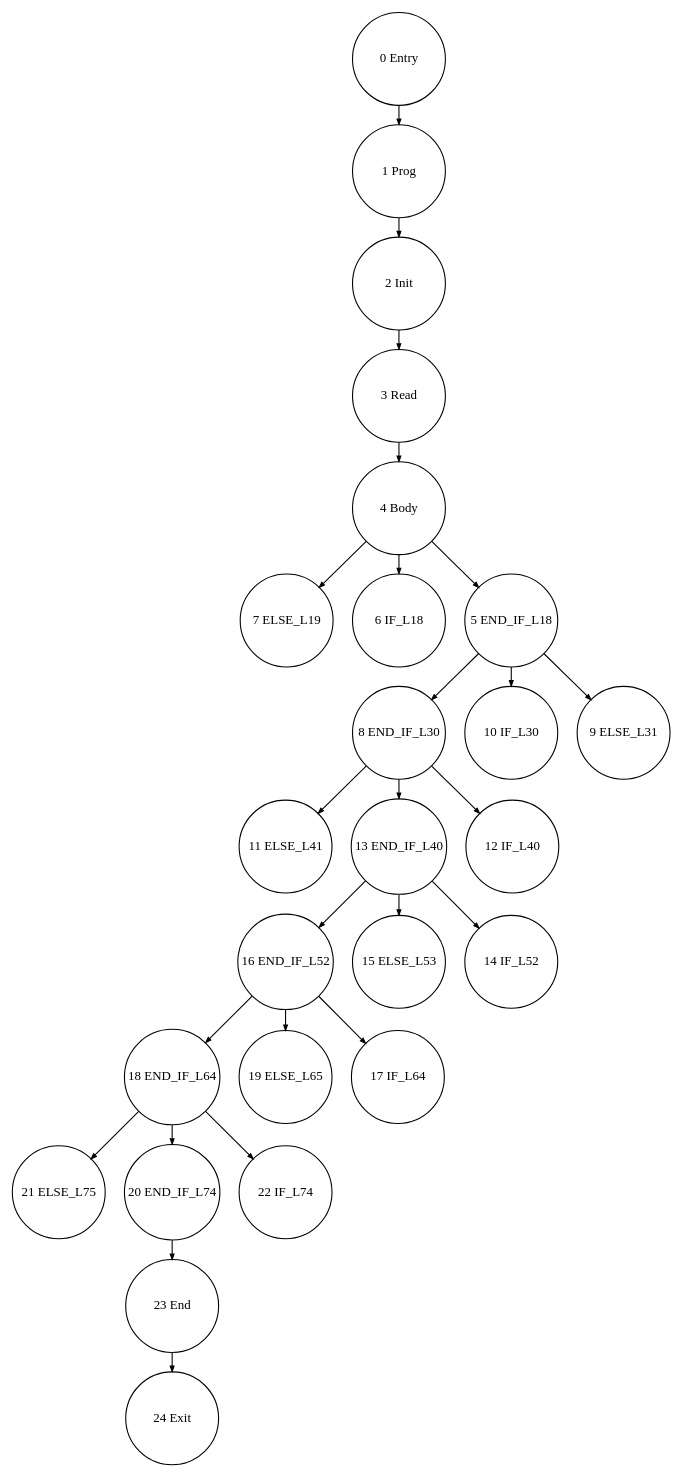
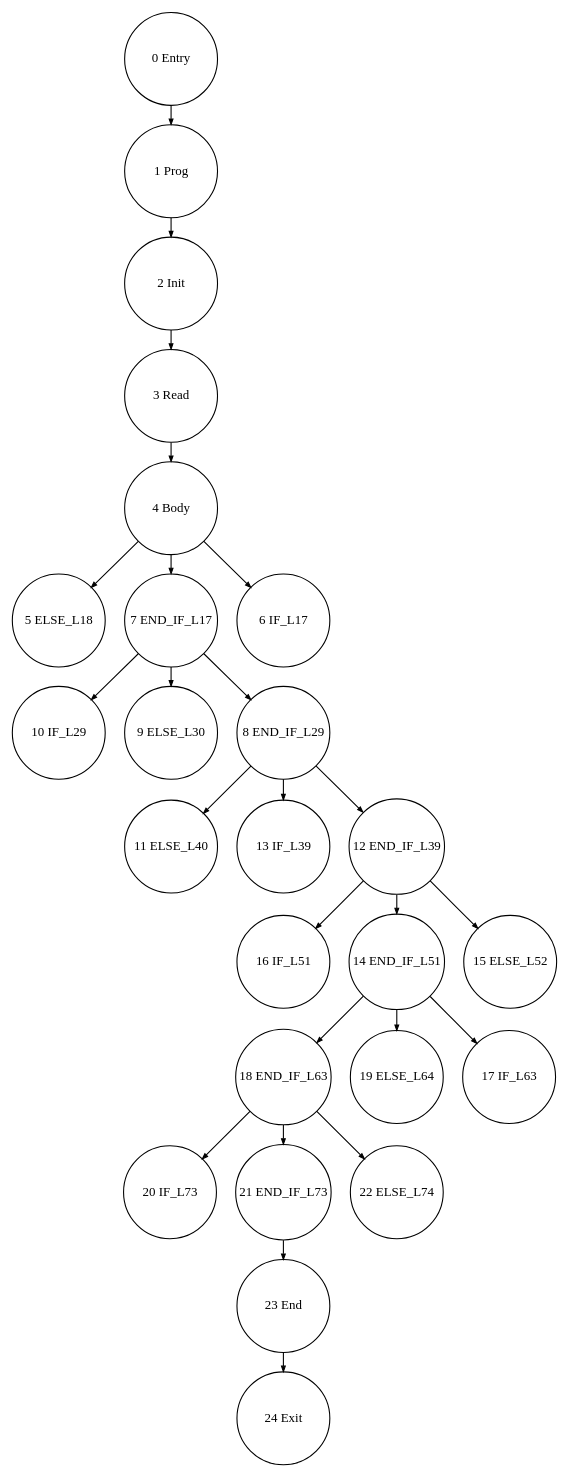
One commit to Geoffrey1014/ST_DSE changed the diagram in tests_programs/paper2_tests/02_UPPAAL_FAN_CONTROL_output/Graph_02_UPPAAL_FAN_CONTROL_DomTree_0.dot. Above: the diagram before and after it, drawn with Graphviz. The commit also changed 46 other files, not shown here.

```diff
--- a/tests_programs/paper2_tests/02_UPPAAL_FAN_CONTROL_output/Graph_02_UPPAAL_FAN_CONTROL_DomTree_0.dot
+++ b/tests_programs/paper2_tests/02_UPPAAL_FAN_CONTROL_output/Graph_02_UPPAAL_FAN_CONTROL_DomTree_0.dot
@@ -1,31 +1,31 @@
 digraph G {
   ranksep=.25;
   edge [arrowsize=.5]
   node [shape=circle, fontname="ArialNarrow",
         fontsize=12,  height=1.2];
-  "18 END_IF_L64"; "8 END_IF_L30"; "16 END_IF_L52"; "21 ELSE_L75"; "24 Exit"; "11 ELSE_L41"; "7 ELSE_L19"; "15 ELSE_L53"; "1 Prog"; "14 IF_L52"; "20 END_IF_L74"; "10 IF_L30"; "22 IF_L74"; "6 IF_L18"; "0 Entry"; "13 END_IF_L40"; "9 ELSE_L31"; "2 Init"; "23 End"; "19 ELSE_L65"; "4 Body"; "3 Read"; "12 IF_L40"; "5 END_IF_L18"; "17 IF_L64"; 
+  "18 END_IF_L63"; "11 ELSE_L40"; "24 Exit"; "1 Prog"; "16 IF_L51"; "14 END_IF_L51"; "13 IF_L39"; "20 IF_L73"; "5 ELSE_L18"; "10 IF_L29"; "7 END_IF_L17"; "0 Entry"; "6 IF_L17"; "2 Init"; "9 ELSE_L30"; "21 END_IF_L73"; "12 END_IF_L39"; "23 End"; "8 END_IF_L29"; "19 ELSE_L64"; "4 Body"; "15 ELSE_L52"; "3 Read"; "22 ELSE_L74"; "17 IF_L63"; 
+  "8 END_IF_L29" -> "11 ELSE_L40";
+  "8 END_IF_L29" -> "12 END_IF_L39";
+  "8 END_IF_L29" -> "13 IF_L39";
   "3 Read" -> "4 Body";
-  "18 END_IF_L64" -> "20 END_IF_L74";
-  "18 END_IF_L64" -> "21 ELSE_L75";
-  "18 END_IF_L64" -> "22 IF_L74";
+  "2 Init" -> "3 Read";
   "0 Entry" -> "1 Prog";
-  "2 Init" -> "3 Read";
-  "13 END_IF_L40" -> "14 IF_L52";
-  "13 END_IF_L40" -> "15 ELSE_L53";
-  "13 END_IF_L40" -> "16 END_IF_L52";
+  "18 END_IF_L63" -> "20 IF_L73";
+  "18 END_IF_L63" -> "21 END_IF_L73";
+  "18 END_IF_L63" -> "22 ELSE_L74";
   "1 Prog" -> "2 Init";
-  "4 Body" -> "5 END_IF_L18";
-  "4 Body" -> "6 IF_L18";
-  "4 Body" -> "7 ELSE_L19";
-  "5 END_IF_L18" -> "8 END_IF_L30";
-  "5 END_IF_L18" -> "9 ELSE_L31";
-  "5 END_IF_L18" -> "10 IF_L30";
-  "20 END_IF_L74" -> "23 End";
-  "8 END_IF_L30" -> "11 ELSE_L41";
-  "8 END_IF_L30" -> "12 IF_L40";
-  "8 END_IF_L30" -> "13 END_IF_L40";
-  "16 END_IF_L52" -> "17 IF_L64";
-  "16 END_IF_L52" -> "18 END_IF_L64";
-  "16 END_IF_L52" -> "19 ELSE_L65";
+  "4 Body" -> "5 ELSE_L18";
+  "4 Body" -> "6 IF_L17";
+  "4 Body" -> "7 END_IF_L17";
+  "12 END_IF_L39" -> "14 END_IF_L51";
+  "12 END_IF_L39" -> "15 ELSE_L52";
+  "12 END_IF_L39" -> "16 IF_L51";
+  "7 END_IF_L17" -> "8 END_IF_L29";
+  "7 END_IF_L17" -> "9 ELSE_L30";
+  "7 END_IF_L17" -> "10 IF_L29";
+  "21 END_IF_L73" -> "23 End";
+  "14 END_IF_L51" -> "17 IF_L63";
+  "14 END_IF_L51" -> "18 END_IF_L63";
+  "14 END_IF_L51" -> "19 ELSE_L64";
   "23 End" -> "24 Exit";
 }
```
